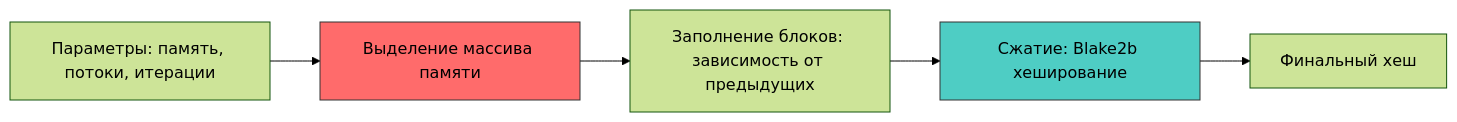
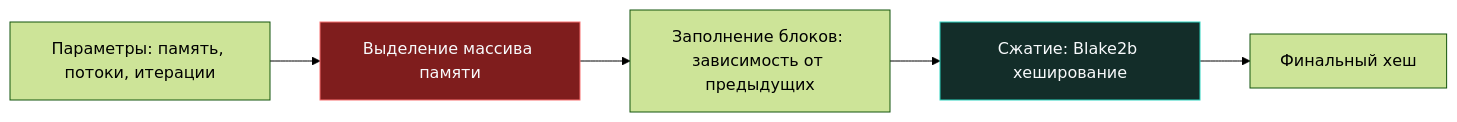
Before and after one commit to UnrealTemplier/go-textbook: the second of 2 diagrams in sources/17. Безопасность (AppSec в Go)/02. Аутентификация и авторизация/2. bcrypt, argon2 и выбор алгоритма.md, drawn with Mermaid (forest theme). The commit also changed other lines of this file and 310 other files, not shown here.

First line of the commit message:
fix(mermaid): replace light fill colors with dark palette for readability on dark theme

````diff
--- a/sources/17. Безопасность (AppSec в Go)/02. Аутентификация и авторизация/2. bcrypt, argon2 и выбор алгоритма.md
+++ b/sources/17. Безопасность (AppSec в Go)/02. Аутентификация и авторизация/2. bcrypt, argon2 и выбор алгоритма.md
@@ -55,10 +55,10 @@
 ```mermaid
 flowchart LR
     A["Параметры: память, потоки, итерации"] --> B["Выделение массива памяти"]
     B --> C["Заполнение блоков: зависимость от предыдущих"]
     C --> D["Сжатие: Blake2b хеширование"]
     D --> E["Финальный хеш"]
     
-    style B fill:#ff6b6b,stroke:#333
-    style D fill:#4ecdc4,stroke:#333
+    style B fill:#7f1d1d,stroke:#f87171,color:#f8fafc
+    style D fill:#132d29,stroke:#2dd4bf,color:#f8fafc
 ```
````
